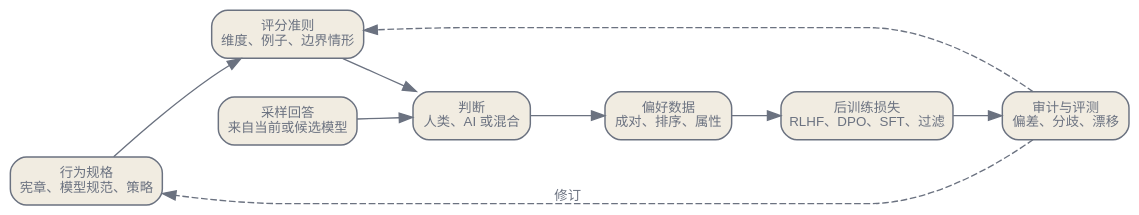
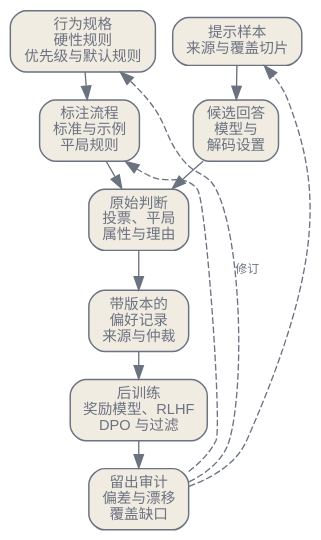
The diagram in zh/adaptation/02-behavior-specs-preference-data.qmd (latere-ai/ai-as-an-infrastructure), drawn with Graphviz before and after one commit. The commit also changed other lines of this file and 1 other file, not shown here.

````diff
--- a/zh/adaptation/02-behavior-specs-preference-data.qmd
+++ b/zh/adaptation/02-behavior-specs-preference-data.qmd
@@ -15,28 +52,30 @@
 ```{dot}
 //| label: fig-behavior-specs-supply-chain
-//| fig-cap: "偏好数据是一条供应链。行为规格变成评分准则，准则指导对采样回答的判断，判断再进入后训练。优化器看不到策略本身，只看到这条链条生产出来的标签。"
+//| fig-cap: "偏好记录有自己的血缘。行为规格先变成标注流程；提示与候选回答的采样方式决定评判者看见什么；仲裁前保留原始判断；审计结果再反馈到策略、评分准则与采样方案。"
 digraph {
   bgcolor="transparent";
-  rankdir=LR;
-  nodesep=0.4; ranksep=0.5;
-  node [shape=box, style="rounded,filled", fontname="Helvetica", fontsize=10, color="#6b7280", fontcolor="#6b7280", fillcolor="#f1ece1", penwidth=1.1];
-  edge [fontsize=10, fontname="Helvetica", color="#6b7280", fontcolor="#6b7280"];
+  rankdir=TB;
+  nodesep=0.18; ranksep=0.28;
+  node [shape=box, style="rounded,filled", fontname="Helvetica", fontsize=11, margin="0.12,0.07", color="#6b7280", fontcolor="#6b7280", fillcolor="#f1ece1", penwidth=1.1];
+  edge [fontsize=9, fontname="Helvetica", color="#6b7280", fontcolor="#6b7280"];
 
-  spec [label="行为规格\n宪章、模型规范、策略"];
-  rubric [label="评分准则\n维度、例子、边界情形"];
-  sample [label="采样回答\n来自当前或候选模型"];
-  judge [label="判断\n人类、AI 或混合"];
-  data [label="偏好数据\n成对、排序、属性"];
-  train [label="后训练损失\nRLHF、DPO、SFT、过滤"];
-  eval [label="审计与评测\n偏差、分歧、漂移"];
+  spec [label="行为规格\n硬性规则\n优先级与默认规则"];
+  rubric [label="标注流程\n标准与示例\n平局规则"];
+  prompts [label="提示样本\n来源与覆盖切片"];
+  candidates [label="候选回答\n模型与\n解码设置"];
+  judgments [label="原始判断\n投票、平局\n属性与理由"];
+  dataset [label="带版本的\n偏好记录\n来源与仲裁"];
+  train [label="后训练\n奖励模型、RLHF\nDPO 与过滤"];
+  audit [label="留出审计\n偏差与漂移\n覆盖缺口"];
 
+  { rank=same; spec; prompts; }
+  { rank=same; rubric; candidates; }
   spec -> rubric;
-  rubric -> judge;
-  sample -> judge;
-  judge -> data;
-  data -> train;
-  train -> eval;
-  eval -> spec [style=dashed, label="修订"];
-  eval -> rubric [style=dashed];
+  rubric -> judgments;
+  prompts -> candidates -> judgments;
+  judgments -> dataset -> train -> audit;
+  audit -> spec [style=dashed, label="修订", constraint=false];
+  audit -> rubric [style=dashed, constraint=false];
+  audit -> prompts [style=dashed, constraint=false];
 }
 ```
````
